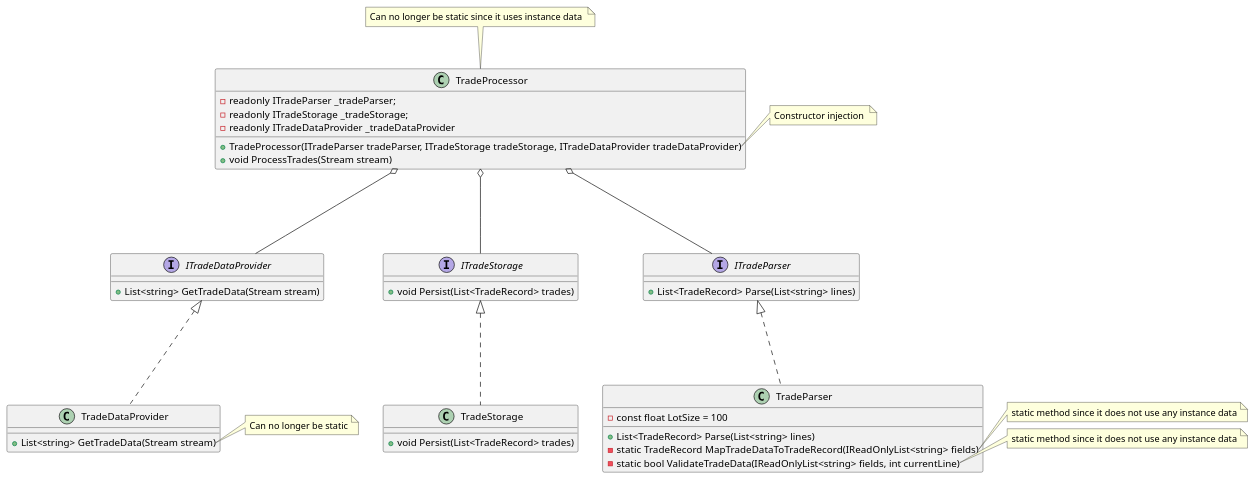
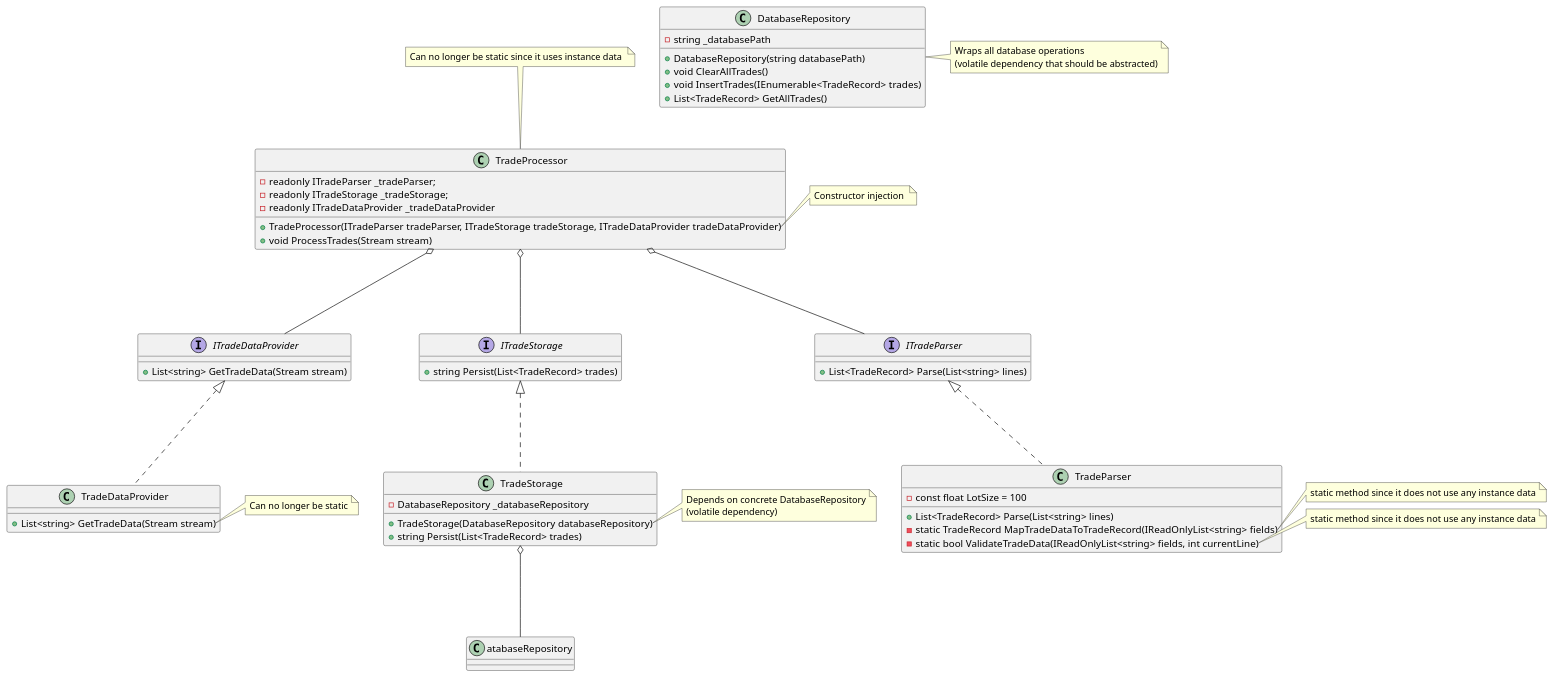
Before and after one commit to Shane-Wilson-class/solid-project-1: the diagram in solid-project-1/solid-project-1.puml, drawn with PlantUML. The commit also changed 10 other files, not shown here.

Commit message:
Implement complete database abstraction with IDatabaseRepository interface on solution branch

```diff
--- a/solid-project-1/solid-project-1.puml
+++ b/solid-project-1/solid-project-1.puml
@@ -1,67 +1,89 @@
 @startuml
 
 interface ITradeDataProvider{
 + List<string> GetTradeData(Stream stream)
 }
 interface ITradeParser
 {
  + List<TradeRecord> Parse(List<string> lines)
 }
 interface ITradeStorage
 {
-  + void Persist(List<TradeRecord> trades)
+  + string Persist(List<TradeRecord> trades)
+}
+
+class DatabaseRepository {
+- string _databasePath
++ DatabaseRepository(string databasePath)
++ void ClearAllTrades()
++ void InsertTrades(IEnumerable<TradeRecord> trades)
++ List<TradeRecord> GetAllTrades()
 }
 
 class TradeStorage {
-+ void Persist(List<TradeRecord> trades)
+- DatabaseRepository _databaseRepository
++ TradeStorage(DatabaseRepository databaseRepository)
++ string Persist(List<TradeRecord> trades)
 }
 
 class TradeDataProvider {
 + List<string> GetTradeData(Stream stream)
 }
 class TradeParser {
 - const float LotSize = 100
 + List<TradeRecord> Parse(List<string> lines)
 - static TradeRecord MapTradeDataToTradeRecord(IReadOnlyList<string> fields)
 - static bool ValidateTradeData(IReadOnlyList<string> fields, int currentLine)
 }
 
 note right of TradeParser::MapTradeDataToTradeRecord
 static method since it does not use any instance data
 end note
 note right of TradeParser::ValidateTradeData
 static method since it does not use any instance data
 end note
 
 
 class TradeProcessor {
  - readonly ITradeParser _tradeParser;
  - readonly ITradeStorage _tradeStorage;
  - readonly ITradeDataProvider _tradeDataProvider
  + TradeProcessor(ITradeParser tradeParser, ITradeStorage tradeStorage, ITradeDataProvider tradeDataProvider)
  + void ProcessTrades(Stream stream)
 }
 
 note top of TradeProcessor
     Can no longer be static since it uses instance data 
 end note
 note right of TradeProcessor::TradeProcessor
     Constructor injection 
 end note
 
 TradeProcessor o---ITradeParser
 TradeProcessor o---ITradeDataProvider
 TradeProcessor o---ITradeStorage
 
 TradeParser ...up|> ITradeParser
 TradeStorage ...up|> ITradeStorage
 TradeDataProvider ...up|> ITradeDataProvider
 
+TradeStorage o---DatabaseRepository
+
 note right of TradeDataProvider::GetTradeData
     Can no longer be static
+end note
+
+note right of TradeStorage::TradeStorage
+    Depends on concrete DatabaseRepository
+    (volatile dependency)
+end note
+
+note right of DatabaseRepository
+    Wraps all database operations
+    (volatile dependency that should be abstracted)
 end note
 
 
 
 
 @enduml
```
